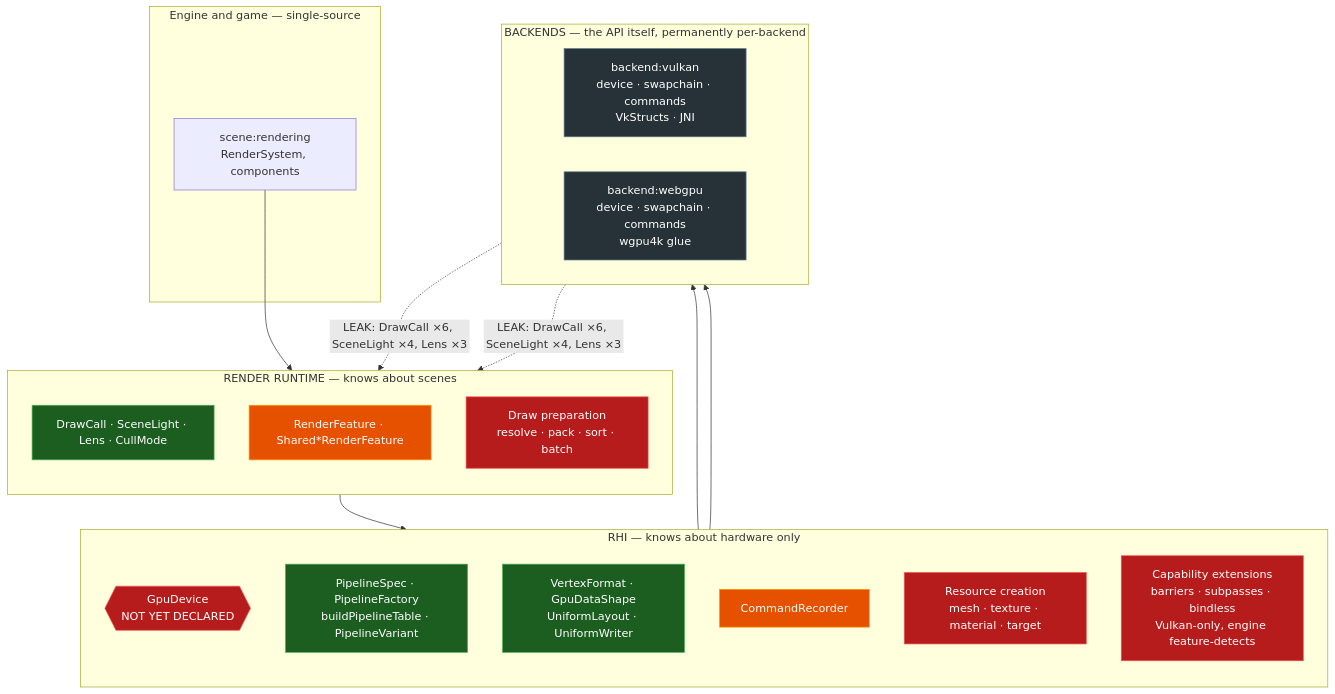
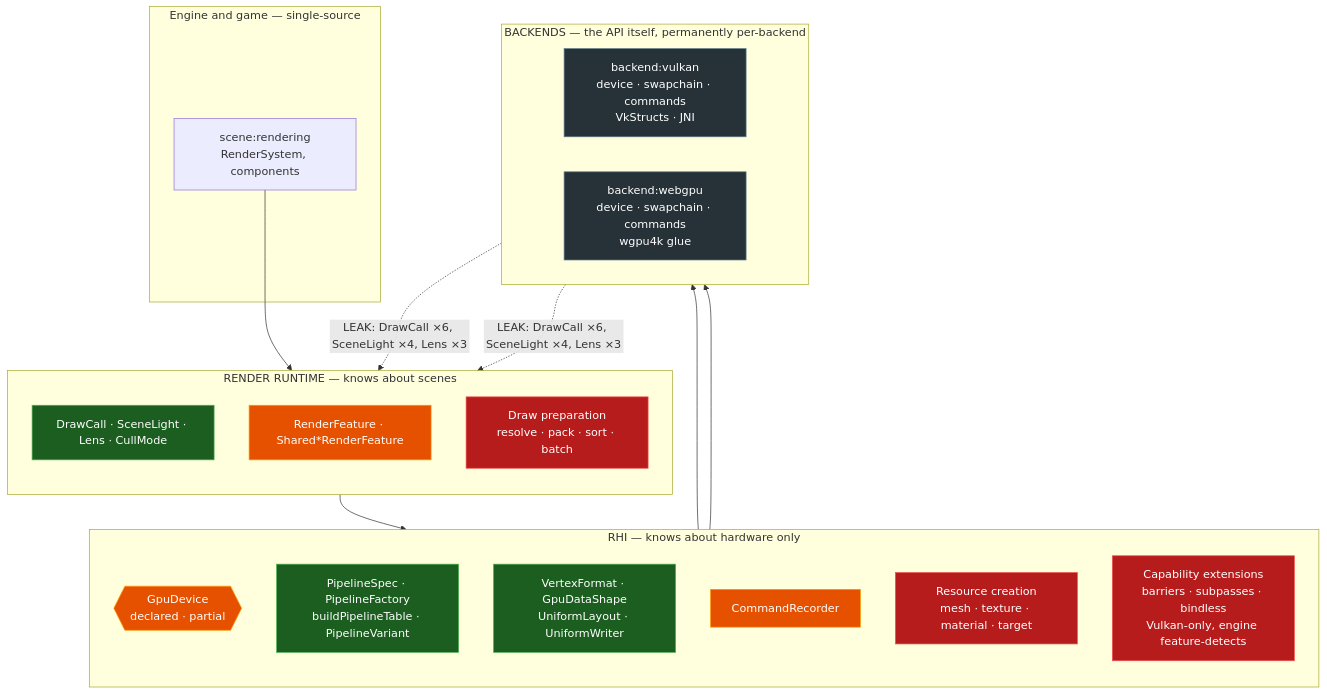
The diagram in docs/reference/render-hardware-interface.md (awakekt/awake), drawn with Mermaid before and after one commit. The commit also changed other lines of this file and 3492 other files, not shown here.

````diff
--- a/docs/reference/render-hardware-interface.md
+++ b/docs/reference/render-hardware-interface.md
@@ -110,42 +126,42 @@
 ```mermaid
 flowchart TB
     subgraph engine["Engine and game — single-source"]
         scene["scene:rendering<br/>RenderSystem, components"]
     end
 
     subgraph runtime["RENDER RUNTIME — knows about scenes"]
         direction TB
         rt1["DrawCall · SceneLight · Lens · CullMode"]:::done
         rt2["RenderFeature · Shared*RenderFeature"]:::partial
         rt3["Draw preparation<br/>resolve · pack · sort · batch"]:::missing
     end
 
     subgraph rhi["RHI — knows about hardware only"]
         direction TB
-        facade{{"GpuDevice<br/>NOT YET DECLARED"}}:::missing
+        facade{{"GpuDevice<br/>declared · partial"}}:::partial
         r1["PipelineSpec · PipelineFactory<br/>buildPipelineTable · PipelineVariant"]:::done
         r2["VertexFormat · GpuDataShape<br/>UniformLayout · UniformWriter"]:::done
         r3["CommandRecorder"]:::partial
         r4["Resource creation<br/>mesh · texture · material · target"]:::missing
         r5["Capability extensions<br/>barriers · subpasses · bindless<br/>Vulkan-only, engine feature-detects"]:::missing
     end
 
     subgraph backends["BACKENDS — the API itself, permanently per-backend"]
         direction LR
         vk["backend:vulkan<br/>device · swapchain · commands<br/>VkStructs · JNI"]:::floor
         wg["backend:webgpu<br/>device · swapchain · commands<br/>wgpu4k glue"]:::floor
     end
 
     scene --> runtime
     runtime --> rhi
     rhi --> vk
     rhi --> wg
 
     vk -. "LEAK: DrawCall ×6, SceneLight ×4, Lens ×3" .-> runtime
     wg -. "LEAK: DrawCall ×6, SceneLight ×4, Lens ×3" .-> runtime
 
     classDef done fill:#1b5e20,stroke:#4caf50,color:#fff
     classDef partial fill:#e65100,stroke:#ff9800,color:#fff
     classDef missing fill:#b71c1c,stroke:#ef5350,color:#fff
     classDef floor fill:#263238,stroke:#607d8b,color:#fff
 ```
````
